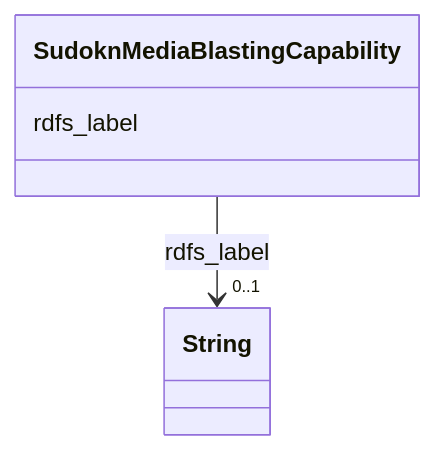
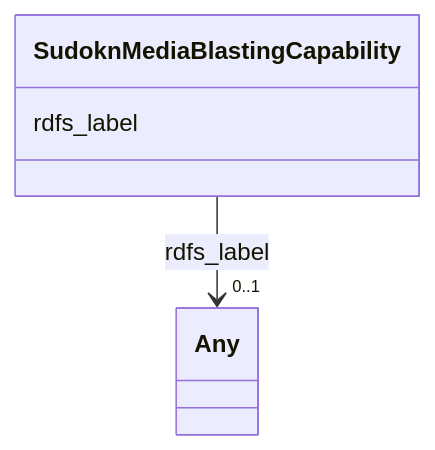
The diagram in sudokn-kg/classes/SudoknMediaBlastingCapability.md (frink-okn/graph-descriptions), drawn with Mermaid before and after one commit. The commit also changed other lines of this file and 903 other files, not shown here.

````diff
--- a/sudokn-kg/classes/SudoknMediaBlastingCapability.md
+++ b/sudokn-kg/classes/SudoknMediaBlastingCapability.md
@@ -23,15 +18,15 @@
 ```mermaid
  classDiagram
     class SudoknMediaBlastingCapability
     click SudoknMediaBlastingCapability href "../SudoknMediaBlastingCapability"
       SudoknMediaBlastingCapability : rdfs_label
         
           
     
     
-    SudoknMediaBlastingCapability --> "0..1" String : rdfs_label
-    click String href "../String"
+    SudoknMediaBlastingCapability --> "0..1" Any : rdfs_label
+    click Any href "../Any"
 
         
       
 ```
````
